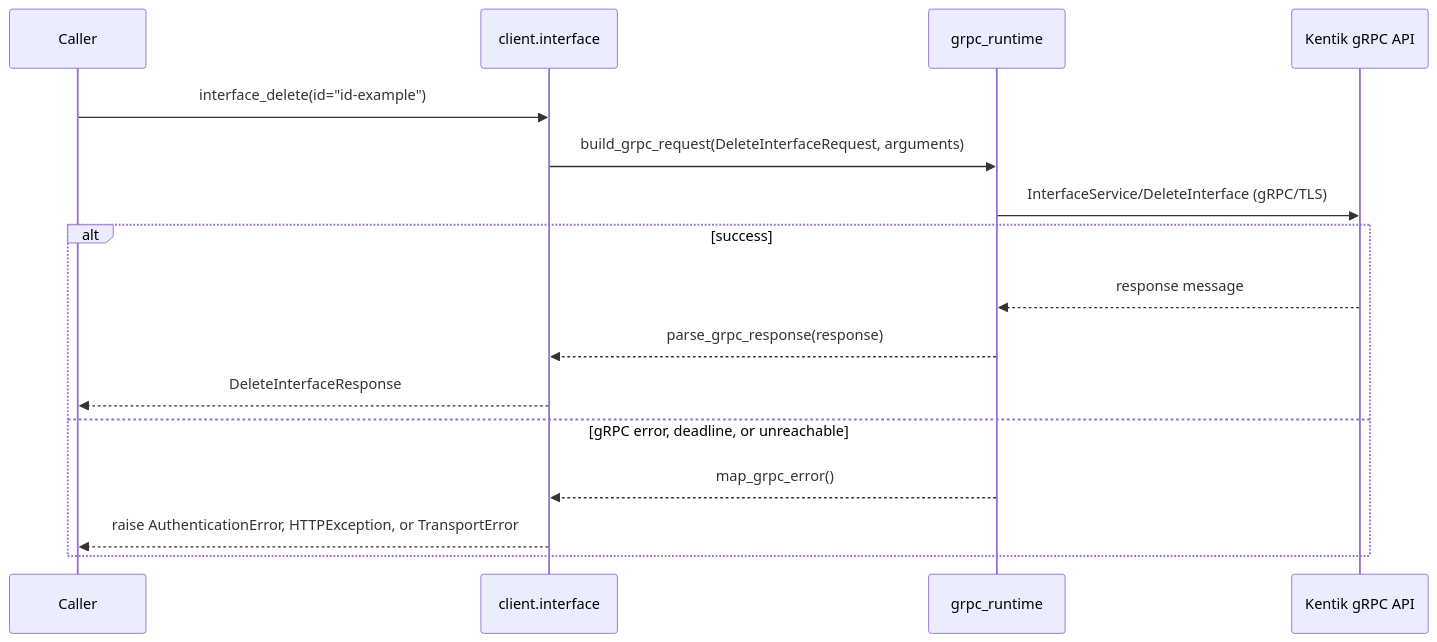
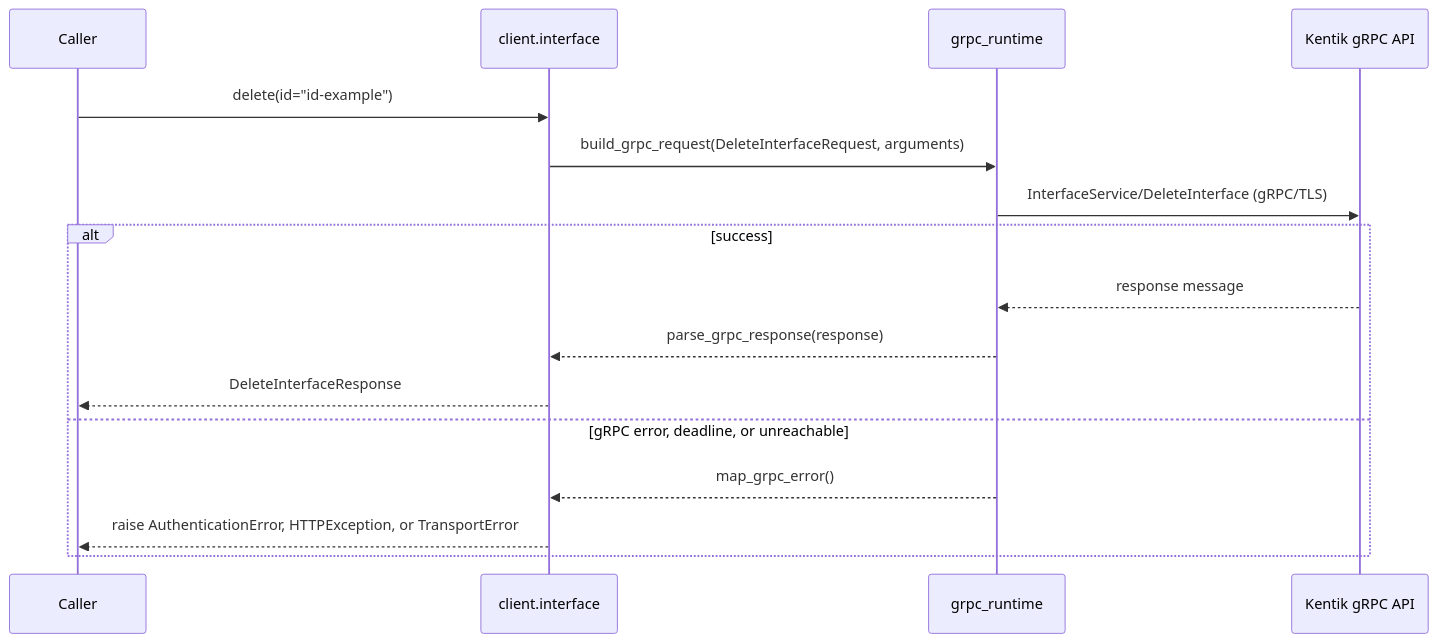
One commit to alexdearaujo/community_sdk_python changed diagram 11 of 14 in docs/sphinx/services/interface.md. Above: the diagram before and after it, drawn with Mermaid. The commit also changed other lines of this file and 119 other files, not shown here.

````diff
--- a/docs/sphinx/services/interface.md
+++ b/docs/sphinx/services/interface.md
@@ -371,19 +371,19 @@
 ```mermaid
 sequenceDiagram
     participant C as Caller
     participant W as client.interface
     participant R as grpc_runtime
     participant API as Kentik gRPC API
 
-    C->>W: interface_delete(id="id-example")
+    C->>W: delete(id="id-example")
     W->>R: build_grpc_request(DeleteInterfaceRequest, arguments)
     R->>API: InterfaceService/DeleteInterface (gRPC/TLS)
     alt success
         API-->>R: response message
         R-->>W: parse_grpc_response(response)
         W-->>C: DeleteInterfaceResponse
     else gRPC error, deadline, or unreachable
         R-->>W: map_grpc_error()
         W-->>C: raise AuthenticationError, HTTPException, or TransportError
     end
 ```
````
